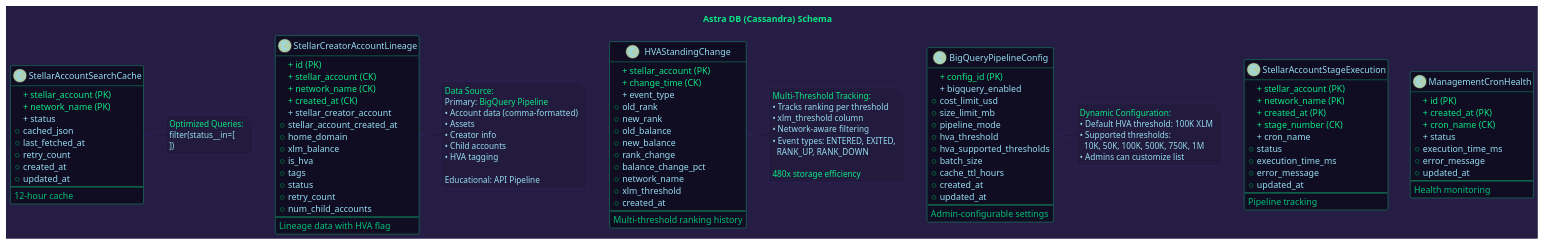
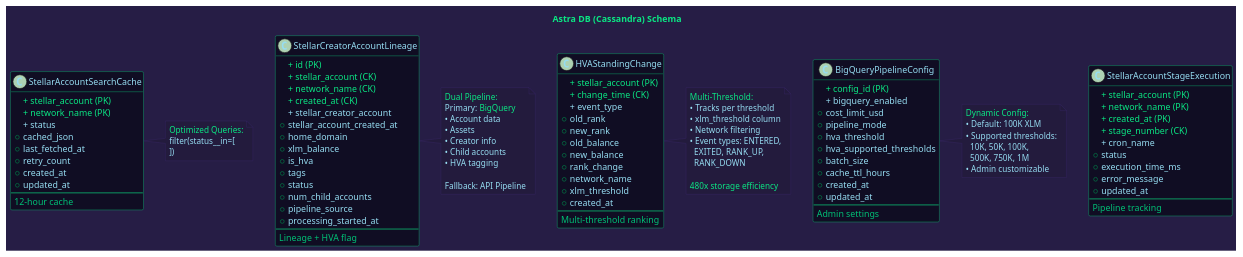
The diagram in diagrams/03_database_schema.puml (areveur51/StellarMapWeb), drawn with PlantUML before and after one commit. The commit also changed 7 other files, not shown here.

First line of the commit message:
Update diagram themes and layout for better readability and consistency

```diff
--- a/diagrams/03_database_schema.puml
+++ b/diagrams/03_database_schema.puml
@@ -1,151 +1,142 @@
 @startuml 03_database_schema
 
 skinparam backgroundColor #261D45
 skinparam defaultFontColor #96DDF2
 
 skinparam class {
   BackgroundColor #100D23
   BorderColor #0BE784
   FontColor #96DDF2
   ArrowColor #01C176
 }
 
 skinparam note {
   BackgroundColor #231B3D
   BorderColor #3f2c70
   FontColor #96DDF2
 }
 
 title <color:#0BE784>Astra DB (Cassandra) Schema
+
+top to bottom direction
 
 class StellarAccountSearchCache {
   <color:#0BE784>+ stellar_account (PK)
   <color:#0BE784>+ network_name (PK)
   <color:#96DDF2>+ status
   + cached_json
   + last_fetched_at
   + retry_count
   + created_at
   + updated_at
   --
   <color:#01C176>12-hour cache
 }
 
 class StellarCreatorAccountLineage {
   <color:#0BE784>+ id (PK)
   <color:#0BE784>+ stellar_account (CK)
   <color:#0BE784>+ network_name (CK)
   <color:#0BE784>+ created_at (CK)
   <color:#96DDF2>+ stellar_creator_account
   + stellar_account_created_at
   + home_domain
   + xlm_balance
   + is_hva
   + tags
   + status
-  + retry_count
   + num_child_accounts
+  + pipeline_source
+  + processing_started_at
   --
-  <color:#01C176>Lineage data with HVA flag
+  <color:#01C176>Lineage + HVA flag
 }
 
 class StellarAccountStageExecution {
   <color:#0BE784>+ stellar_account (PK)
   <color:#0BE784>+ network_name (PK)
   <color:#0BE784>+ created_at (PK)
   <color:#0BE784>+ stage_number (CK)
   <color:#96DDF2>+ cron_name
   + status
   + execution_time_ms
   + error_message
   + updated_at
   --
   <color:#01C176>Pipeline tracking
 }
 
-class ManagementCronHealth {
-  <color:#0BE784>+ id (PK)
-  <color:#0BE784>+ created_at (PK)
-  <color:#0BE784>+ cron_name (CK)
-  <color:#96DDF2>+ status
-  + execution_time_ms
-  + error_message
-  + updated_at
-  --
-  <color:#01C176>Health monitoring
-}
-
 class HVAStandingChange {
   <color:#0BE784>+ stellar_account (PK)
   <color:#0BE784>+ change_time (CK)
   <color:#96DDF2>+ event_type
   + old_rank
   + new_rank
   + old_balance
   + new_balance
   + rank_change
-  + balance_change_pct
   + network_name
   + xlm_threshold
   + created_at
   --
-  <color:#01C176>Multi-threshold ranking history
+  <color:#01C176>Multi-threshold ranking
 }
 
 class BigQueryPipelineConfig {
   <color:#0BE784>+ config_id (PK)
   <color:#96DDF2>+ bigquery_enabled
   + cost_limit_usd
-  + size_limit_mb
   + pipeline_mode
   + hva_threshold
   + hva_supported_thresholds
   + batch_size
   + cache_ttl_hours
   + created_at
   + updated_at
   --
-  <color:#01C176>Admin-configurable settings
+  <color:#01C176>Admin settings
 }
 
 note right of StellarAccountSearchCache #231B3D
   <color:#0BE784>Optimized Queries:
   <color:#96DDF2>filter(status__in=[
     'PENDING',
     'IN_PROGRESS',
     'RE_INQUIRY'
   ])
 end note
 
 note right of StellarCreatorAccountLineage #231B3D
-  <color:#0BE784>Data Source:
-  <color:#96DDF2>Primary: <color:#0BE784>BigQuery Pipeline
-  <color:#96DDF2>• Account data (comma-formatted)
+  <color:#0BE784>Dual Pipeline:
+  <color:#96DDF2>Primary: <color:#0BE784>BigQuery
+  <color:#96DDF2>• Account data
   <color:#96DDF2>• Assets
   <color:#96DDF2>• Creator info
   <color:#96DDF2>• Child accounts
   <color:#96DDF2>• HVA tagging
   
-  <color:#96DDF2>Educational: API Pipeline
+  <color:#96DDF2>Fallback: <color:#96DDF2>API Pipeline
 end note
 
 note right of HVAStandingChange #231B3D
-  <color:#0BE784>Multi-Threshold Tracking:
-  <color:#96DDF2>• Tracks ranking per threshold
+  <color:#0BE784>Multi-Threshold:
+  <color:#96DDF2>• Tracks per threshold
   <color:#96DDF2>• xlm_threshold column
-  <color:#96DDF2>• Network-aware filtering
-  <color:#96DDF2>• Event types: ENTERED, EXITED,
-  <color:#96DDF2>  RANK_UP, RANK_DOWN
+  <color:#96DDF2>• Network filtering
+  <color:#96DDF2>• Event types: ENTERED,
+  <color:#96DDF2>  EXITED, RANK_UP,
+  <color:#96DDF2>  RANK_DOWN
   
   <color:#0BE784>480x storage efficiency
 end note
 
 note right of BigQueryPipelineConfig #231B3D
-  <color:#0BE784>Dynamic Configuration:
-  <color:#96DDF2>• Default HVA threshold: 100K XLM
+  <color:#0BE784>Dynamic Config:
+  <color:#96DDF2>• Default: 100K XLM
   <color:#96DDF2>• Supported thresholds:
-  <color:#96DDF2>  10K, 50K, 100K, 500K, 750K, 1M
-  <color:#96DDF2>• Admins can customize list
+  <color:#96DDF2>  10K, 50K, 100K,
+  <color:#96DDF2>  500K, 750K, 1M
+  <color:#96DDF2>• Admin customizable
 end note
 
 @enduml
```
